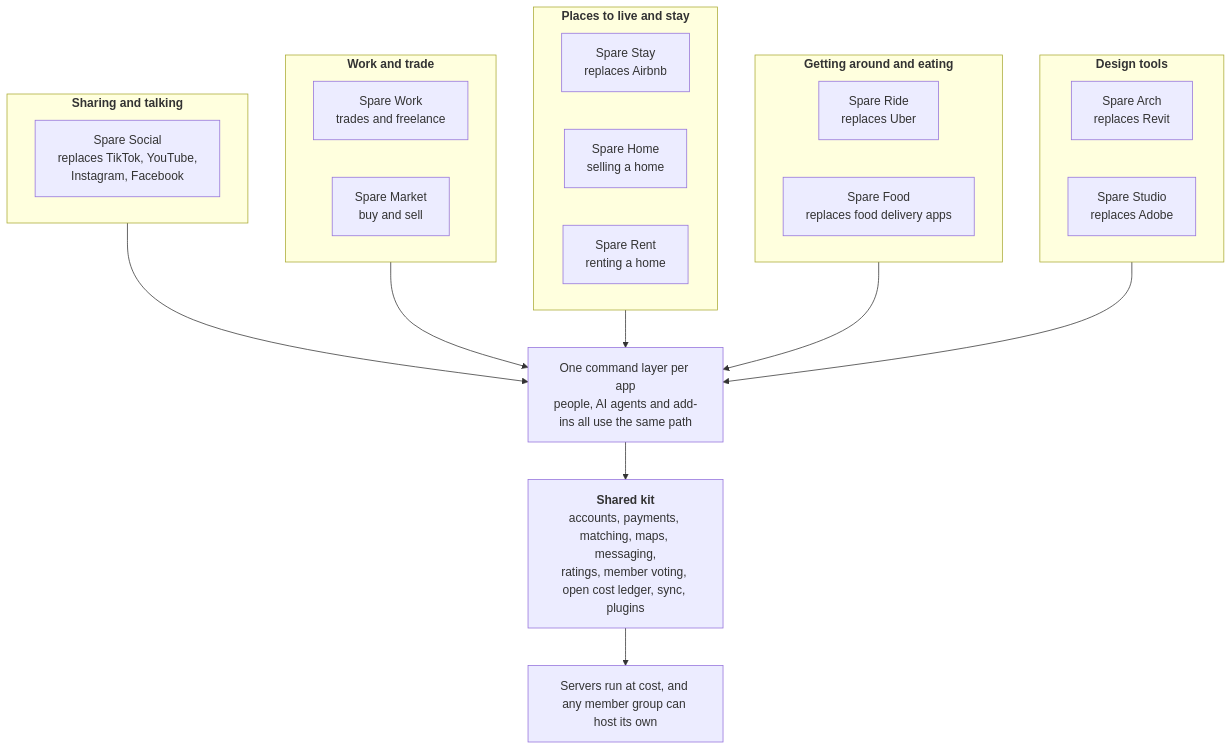
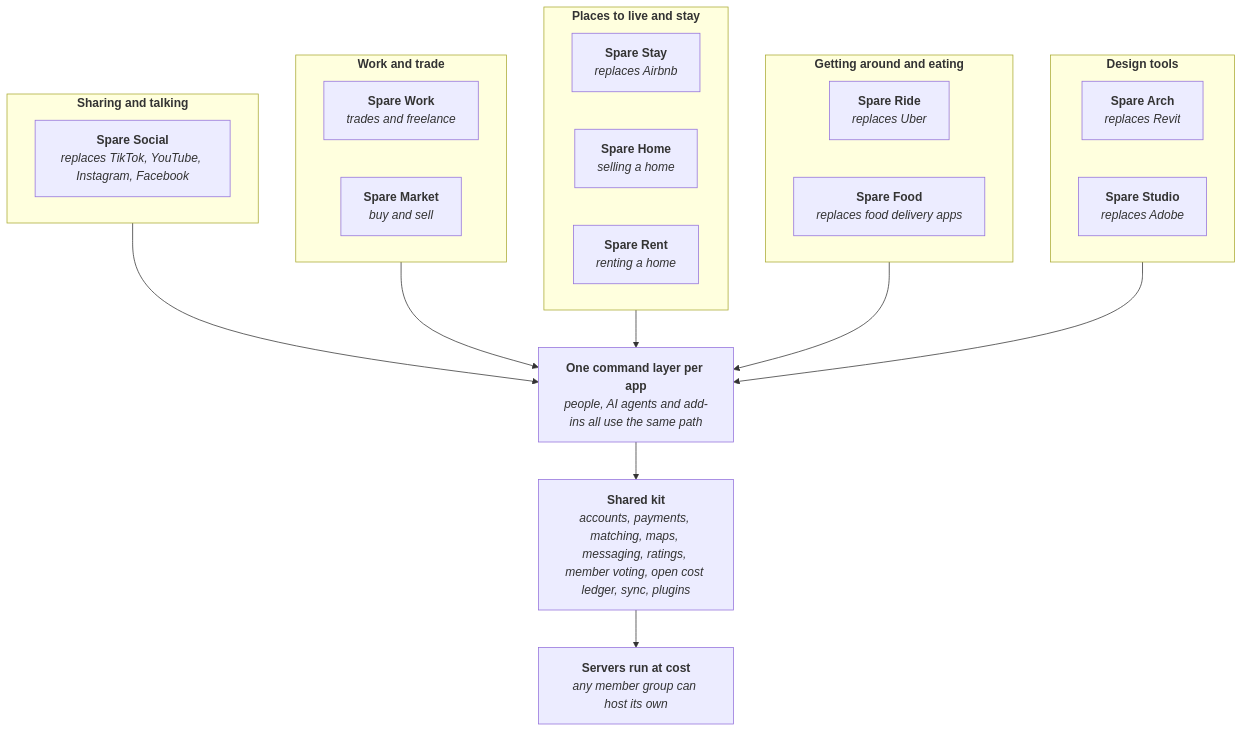
Before and after one commit to spareware-co-op/spareware: the diagram in README.md, drawn with Mermaid. The commit also changed 1 other file, not shown here.

Commit message:
Diagrams: app names bold, descriptions italic

````diff
--- a/README.md
+++ b/README.md
@@ -15,39 +15,50 @@
 ```mermaid
 flowchart TB
   subgraph TRADE["`**Work and trade**`"]
     direction LR
-    WORK["Spare Work<br/>trades and freelance"]
-    MARKET["Spare Market<br/>buy and sell"]
+    WORK["`**Spare Work**
+*trades and freelance*`"]
+    MARKET["`**Spare Market**
+*buy and sell*`"]
   end
   subgraph LIVE["`**Places to live and stay**`"]
     direction LR
-    STAY["Spare Stay<br/>replaces Airbnb"]
-    HOME["Spare Home<br/>selling a home"]
-    RENT["Spare Rent<br/>renting a home"]
+    STAY["`**Spare Stay**
+*replaces Airbnb*`"]
+    HOME["`**Spare Home**
+*selling a home*`"]
+    RENT["`**Spare Rent**
+*renting a home*`"]
   end
   subgraph MOVE["`**Getting around and eating**`"]
     direction LR
-    RIDE["Spare Ride<br/>replaces Uber"]
-    FOOD["Spare Food<br/>replaces food delivery apps"]
+    RIDE["`**Spare Ride**
+*replaces Uber*`"]
+    FOOD["`**Spare Food**
+*replaces food delivery apps*`"]
   end
   subgraph DESIGN["`**Design tools**`"]
     direction LR
-    ARCH["Spare Arch<br/>replaces Revit"]
-    STUDIO["Spare Studio<br/>replaces Adobe"]
+    ARCH["`**Spare Arch**
+*replaces Revit*`"]
+    STUDIO["`**Spare Studio**
+*replaces Adobe*`"]
   end
   subgraph SHARE["`**Sharing and talking**`"]
     direction LR
-    SOCIAL["Spare Social<br/>replaces TikTok, YouTube,<br/>Instagram, Facebook"]
+    SOCIAL["`**Spare Social**
+*replaces TikTok, YouTube, Instagram, Facebook*`"]
   end
-  CMD["One command layer per app<br/>people, AI agents and add-ins all use the same path"]
+  CMD["`**One command layer per app**
+*people, AI agents and add-ins all use the same path*`"]
   KIT["`**Shared kit**
-  accounts, payments, matching, maps, messaging,
-  ratings, member voting, open cost ledger, sync, plugins`"]
-  RUN["Servers run at cost, and any member group can host its own"]
+*accounts, payments, matching, maps, messaging, ratings, member voting, open cost ledger, sync, plugins*`"]
+  RUN["`**Servers run at cost**
+*any member group can host its own*`"]
   SHARE --> CMD
   TRADE --> CMD
   LIVE --> CMD
   MOVE --> CMD
   DESIGN --> CMD
   CMD --> KIT --> RUN
 ```
````
